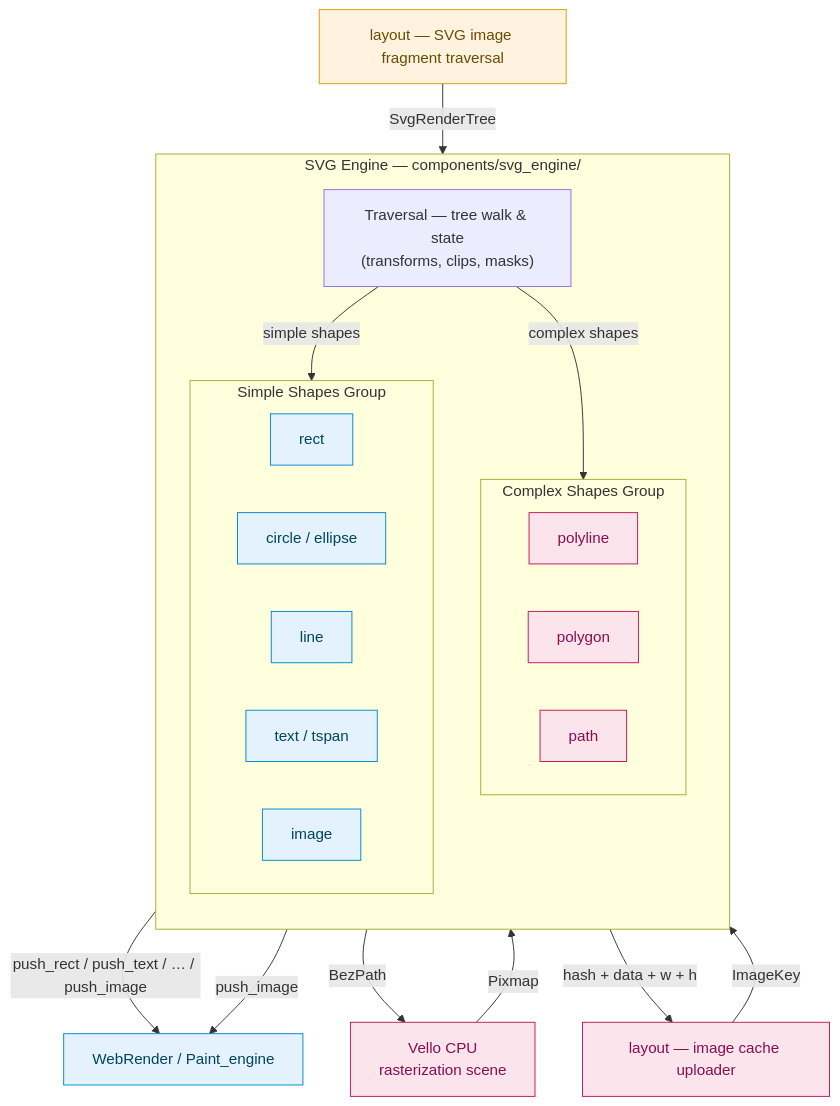
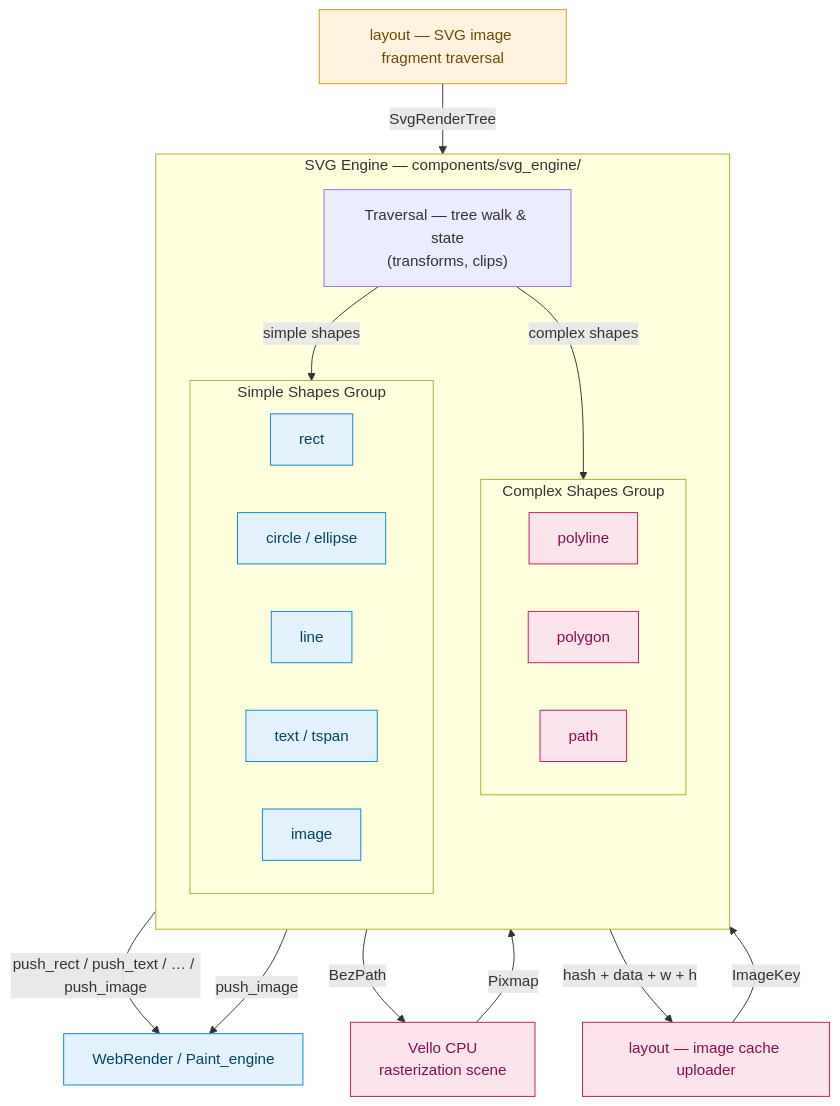
Before and after one commit to mu-mostafa98/servo: the second of 7 diagrams in components/svg_engine/README.md, drawn with Mermaid. The commit also changed other lines of this file, not shown here.

````diff
--- a/components/svg_engine/README.md
+++ b/components/svg_engine/README.md
@@ -157,44 +110,44 @@
 ```mermaid
 flowchart TB
     classDef entry fill:#fff3e0,stroke:#d79b00,color:#6b4b00
     classDef native fill:#e3f2fd,stroke:#0288d1,color:#014361
     classDef vello fill:#fce4ec,stroke:#c2185b,color:#880e4f
 
     IL["layout — SVG image fragment traversal"]:::entry
 
     subgraph ENG["SVG Engine — components/svg_engine/"]
         direction TB
-        TRAV["Traversal — tree walk & state<br/>(transforms, clips, masks)"]
+        TRAV["Traversal — tree walk & state<br/>(transforms, clips)"]
 
         subgraph COMPLEX["Complex Shapes Group"]
             direction LR
             POLYLINE["polyline"]:::vello
             POLYGON["polygon"]:::vello
             PATH["path"]:::vello
         end
 
         subgraph SIMPLE["Simple Shapes Group"]
             direction LR
             RECT["rect"]:::native
             CIRC["circle / ellipse"]:::native
             LINE["line"]:::native
             TEXT["text / tspan"]:::native
             IMG["image"]:::native
         end
 
         TRAV -->|"complex shapes"| COMPLEX
         TRAV -->|"simple shapes"| SIMPLE
     end
 
     WR["WebRender / Paint_engine"]:::native
     VELLO["Vello CPU<br/>rasterization scene"]:::vello
     UPLOAD["layout — image cache uploader"]:::vello
 
     IL -->|"SvgRenderTree"| TRAV
     SIMPLE -->|"push_rect / push_text / … / push_image"| WR
     COMPLEX -->|"BezPath"| VELLO
     VELLO -->|"Pixmap"| COMPLEX
     COMPLEX -->|"hash + data + w + h"| UPLOAD
     UPLOAD -->|"ImageKey"| COMPLEX
     COMPLEX -->|"push_image"| WR
 ```
````
